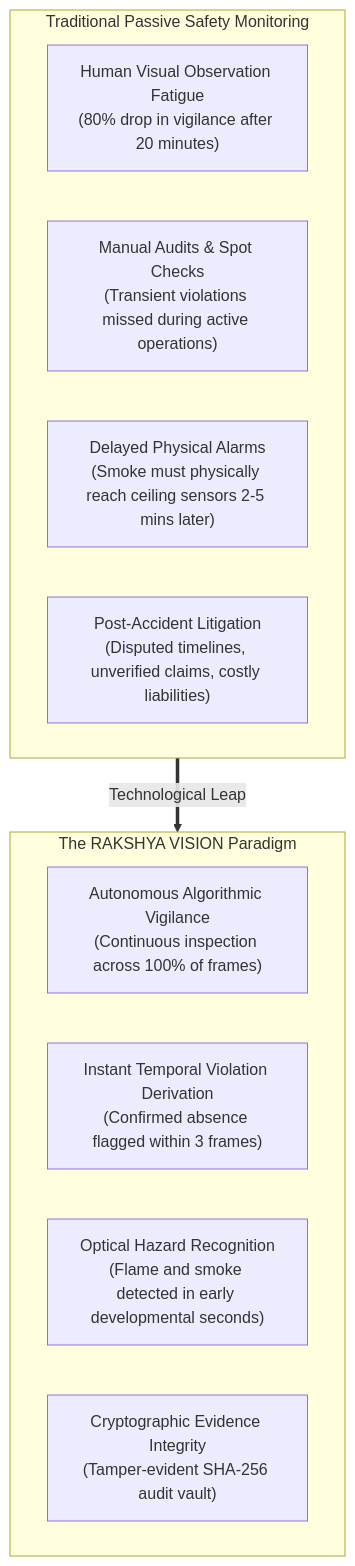
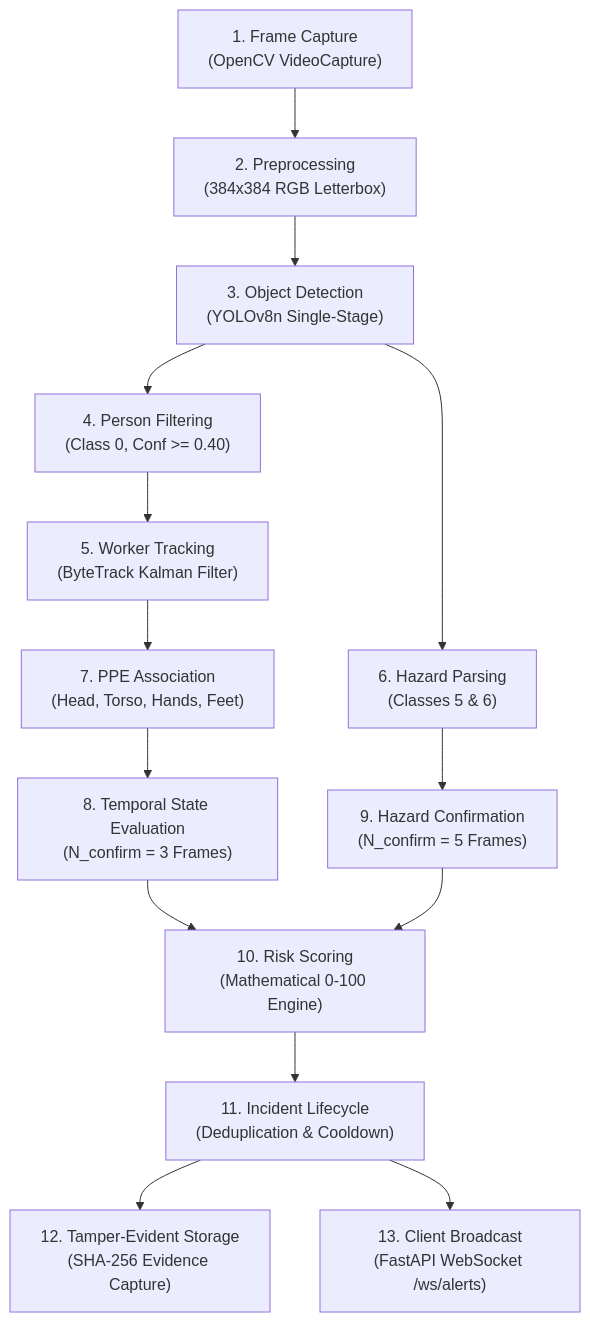
Before and after one commit to SMRU08/SafeSync: the first of 3 diagrams in BPUT-HACKATHON-2026/README2.md, drawn with Mermaid. The commit also changed other lines of this file, not shown here.

````diff
--- a/BPUT-HACKATHON-2026/README2.md
+++ b/BPUT-HACKATHON-2026/README2.md
@@ -72,18 +196,15 @@
 ```mermaid
 flowchart TD
-    subgraph TRADITIONAL["Traditional Passive Safety Monitoring"]
-        T1["Human Visual Observation Fatigue<br/>(80% drop in vigilance after 20 minutes)"]
-        T2["Manual Audits & Spot Checks<br/>(Transient violations missed during active operations)"]
-        T3["Delayed Physical Alarms<br/>(Smoke must physically reach ceiling sensors 2-5 mins later)"]
-        T4["Post-Accident Litigation<br/>(Disputed timelines, unverified claims, costly liabilities)"]
-    end
-
-    subgraph RAKSHYA["The RAKSHYA VISION Paradigm"]
-        R1["Autonomous Algorithmic Vigilance<br/>(Continuous inspection across 100% of frames)"]
-        R2["Instant Temporal Violation Derivation<br/>(Confirmed absence flagged within 3 frames)"]
-        R3["Optical Hazard Recognition<br/>(Flame and smoke detected in early developmental seconds)"]
-        R4["Cryptographic Evidence Integrity<br/>(Tamper-evident SHA-256 audit vault)"]
-    end
-
-    TRADITIONAL ==>|"Technological Leap"| RAKSHYA
+    S1["1. Frame Capture<br/>(OpenCV VideoCapture)"] --> S2["2. Preprocessing<br/>(384x384 RGB Letterbox)"]
+    S2 --> S3["3. Object Detection<br/>(YOLOv8n Single-Stage)"]
+    S3 --> S4["4. Person Filtering<br/>(Class 0, Conf >= 0.40)"]
+    S4 --> S5["5. Worker Tracking<br/>(ByteTrack Kalman Filter)"]
+    S3 --> S6["6. Hazard Parsing<br/>(Classes 5 & 6)"]
+    S5 --> S7["7. PPE Association<br/>(Head, Torso, Hands, Feet)"]
+    S7 --> S8["8. Temporal State Evaluation<br/>(N_confirm = 3 Frames)"]
+    S6 --> S9["9. Hazard Confirmation<br/>(N_confirm = 5 Frames)"]
+    S8 & S9 --> S10["10. Risk Scoring<br/>(Mathematical 0-100 Engine)"]
+    S10 --> S11["11. Incident Lifecycle<br/>(Deduplication & Cooldown)"]
+    S11 --> S12["12. Tamper-Evident Storage<br/>(SHA-256 Evidence Capture)"]
+    S11 --> S13["13. Client Broadcast<br/>(FastAPI WebSocket /ws/alerts)"]
 ```
````
